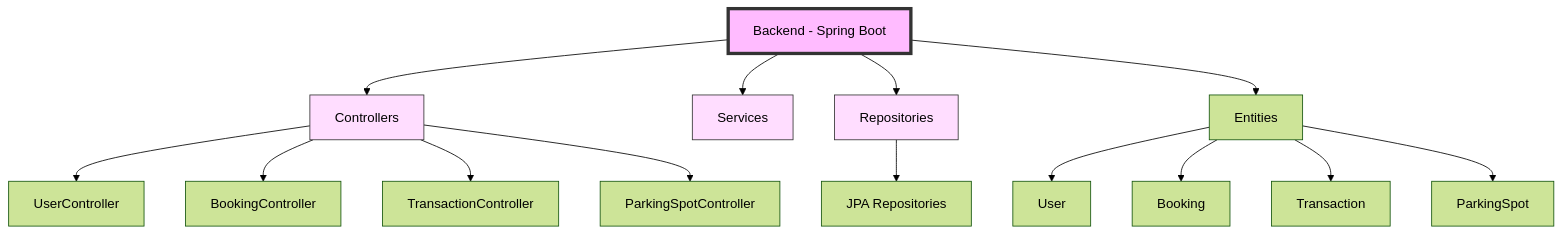
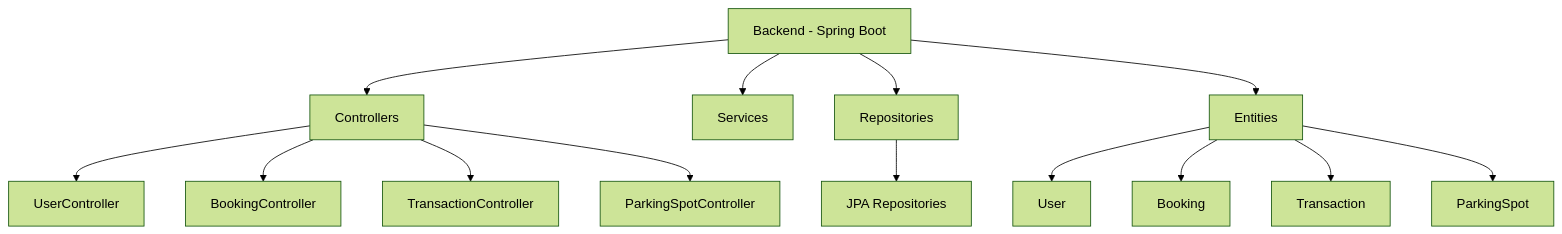
The third of 5 diagrams in README.md (Butcher044/H2-Hibernate), drawn with Mermaid (forest theme) before and after one commit. The commit also changed other lines of this file, not shown here.

````diff
--- a/README.md
+++ b/README.md
@@ -137,24 +125,19 @@
 ```mermaid
 graph TD
     A[Backend - Spring Boot] --> B[Controllers]
     A --> C[Services]
     A --> D[Repositories]
     A --> E[Entities]
     
     B --> F[UserController]
     B --> G[BookingController]
     B --> H[TransactionController]
     B --> I[ParkingSpotController]
     
     E --> J[User]
     E --> K[Booking]
     E --> L[Transaction]
     E --> M[ParkingSpot]
     
     D --> N[JPA Repositories]
-
-    style A fill:#fbf,stroke:#333,stroke-width:4px
-    style B fill:#fdf,stroke:#333
-    style C fill:#fdf,stroke:#333
-    style D fill:#fdf,stroke:#333
 ```
````
